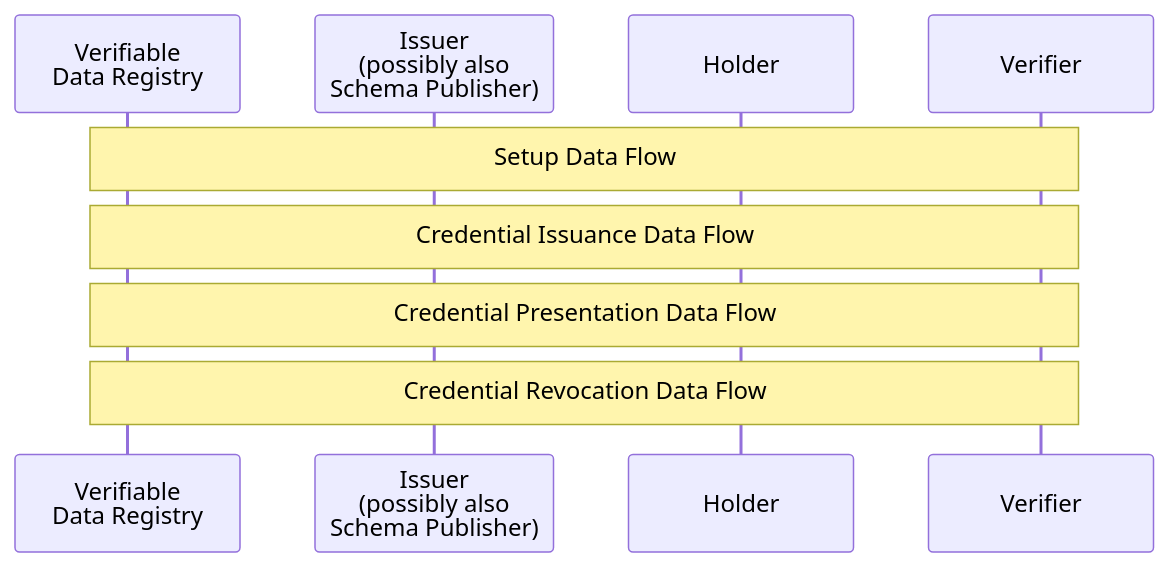
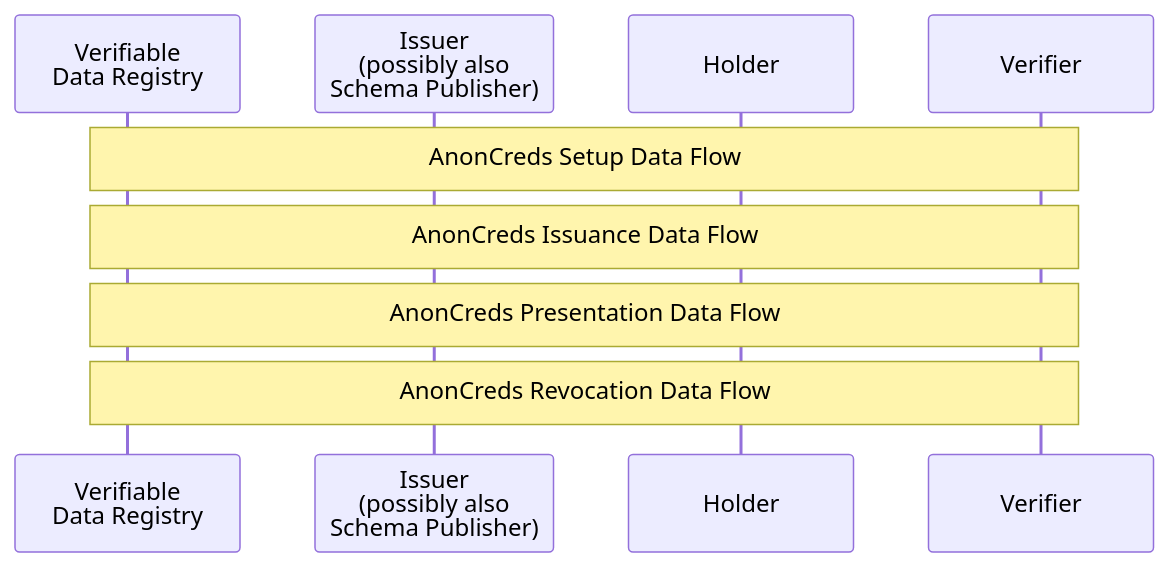
One commit to hyperledger/anoncreds-spec changed the first of 2 diagrams in spec/data_flow_setup.md. Above: the diagram before and after it, drawn with Mermaid. The commit also changed other lines of this file and 3 other files, not shown here.

Commit message:
Prefixed data flow sections with AnonCreds and added empty diagram templates

````diff
--- a/spec/data_flow_setup.md
+++ b/spec/data_flow_setup.md
@@ -10,13 +10,13 @@
 ```mermaid
 sequenceDiagram
     autonumber
     participant L as Verifiable<br>Data Registry
     participant I as Issuer<br>(possibly also<br>Schema Publisher)
     participant H as Holder   
     participant V as Verifier 
 
-    Note over L, V: Setup Data Flow
-    Note over L, V: Credential Issuance Data Flow
-    Note over L, V: Credential Presentation Data Flow
-    Note over L, V: Credential Revocation Data Flow
+    Note over L, V: AnonCreds Setup Data Flow
+    Note over L, V: AnonCreds Issuance Data Flow
+    Note over L, V: AnonCreds Presentation Data Flow
+    Note over L, V: AnonCreds Revocation Data Flow
 ```
````
